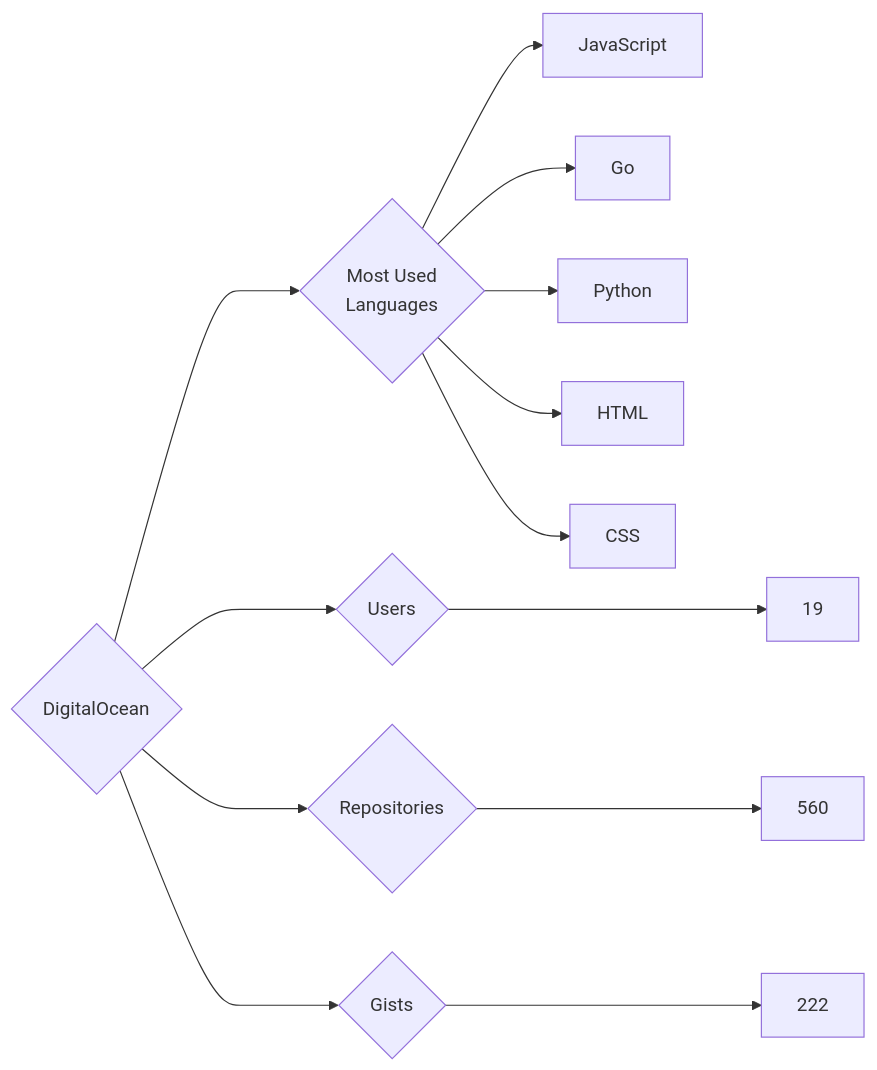
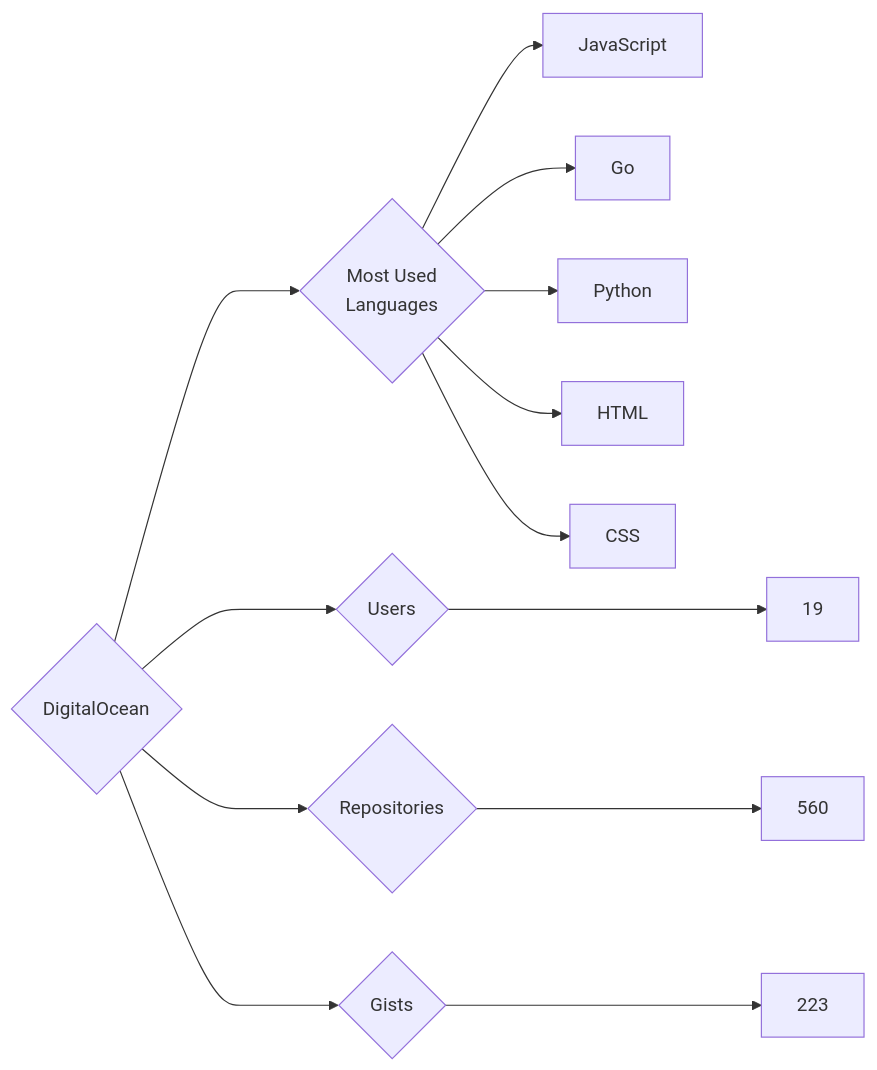
One commit to trickest/insiders changed the diagram in targets/DigitalOcean/README.md. Above: the diagram before and after it, drawn with Mermaid. The commit also changed 569 other files, not shown here.

````diff
--- a/targets/DigitalOcean/README.md
+++ b/targets/DigitalOcean/README.md
@@ -3,13 +3,13 @@
 ```mermaid
 graph LR
 COMPANY_NAME{DigitalOcean}
 COMPANY_NAME ---> U{Users} ---> UN[19]
 COMPANY_NAME ---> R{Repositories} ---> RN[560]
-COMPANY_NAME ---> G{Gists} ---> GN[222]
+COMPANY_NAME ---> G{Gists} ---> GN[223]
 COMPANY_NAME ---> ML{Most Used<br>Languages}
 ML --> JavaScript[JavaScript]
 ML --> Go[Go]
 ML --> Python[Python]
 ML --> HTML[HTML]
 ML --> CSS[CSS]
 ```
````
